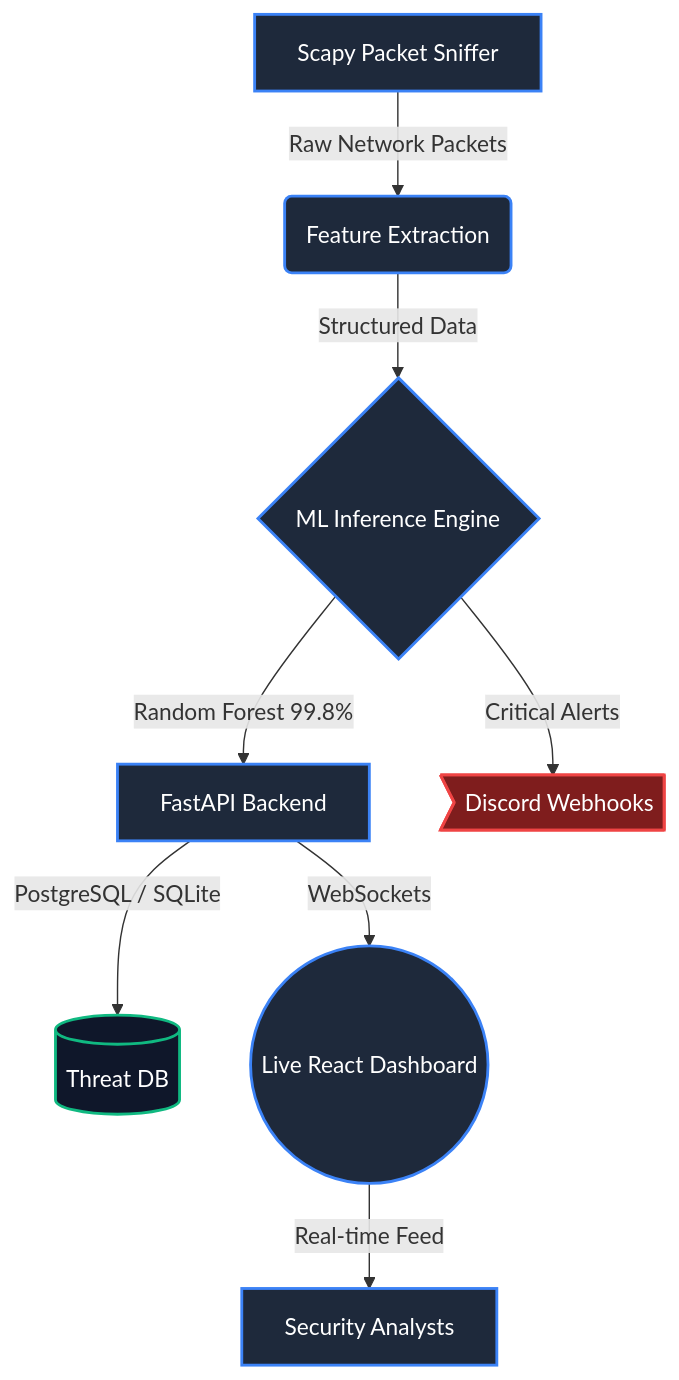
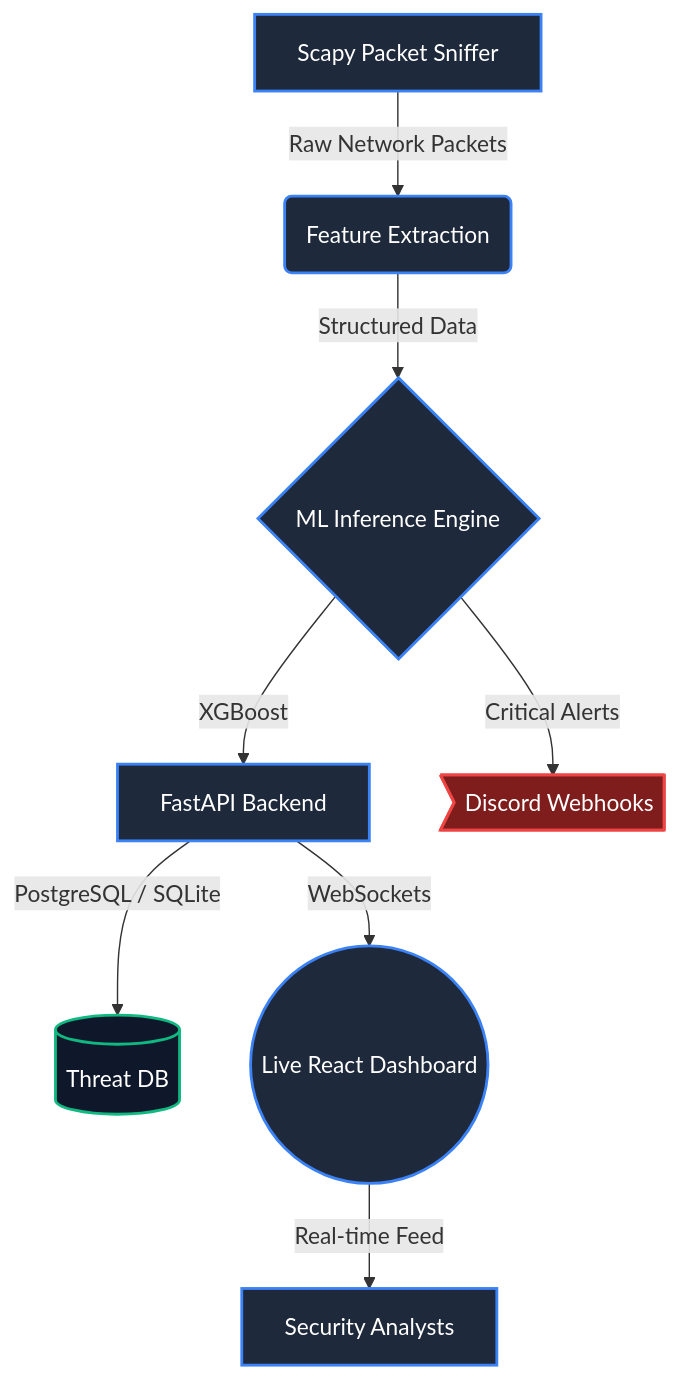
Before and after one commit to prabh-makker/Network-Intrusion-Detection-System: the diagram in README.md, drawn with Mermaid. The commit also changed other lines of this file and 2 other files, not shown here.

````diff
--- a/README.md
+++ b/README.md
@@ -17,19 +17,19 @@
 ```mermaid
 graph TD
     A[Scapy Packet Sniffer] -->|Raw Network Packets| B(Feature Extraction)
     B -->|Structured Data| C{ML Inference Engine}
-    C -->|Random Forest 99.8%| D[FastAPI Backend]
+    C -->|XGBoost| D[FastAPI Backend]
     
     D -->|PostgreSQL / SQLite| E[(Threat DB)]
     D -->|WebSockets| F((Live React Dashboard))
     
     F -->|Real-time Feed| G[Security Analysts]
     C -->|Critical Alerts| H>Discord Webhooks]
     
     classDef default fill:#1e293b,stroke:#3b82f6,stroke-width:2px,color:#fff;
     classDef db fill:#0f172a,stroke:#10b981,stroke-width:2px,color:#fff;
     classDef alert fill:#7f1d1d,stroke:#ef4444,stroke-width:2px,color:#fff;
     
     class E db;
     class H alert;
 ```
````
